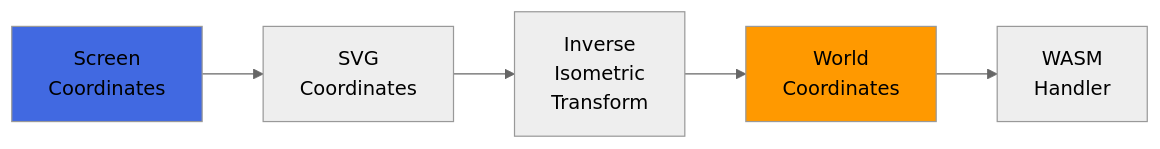
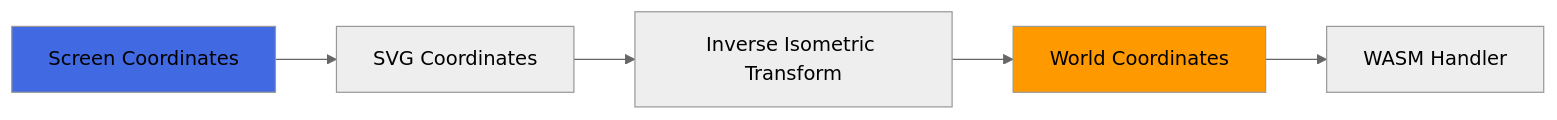
The fourth of 9 diagrams in wiki/Components.md (softwarewrighter/rts_mock), drawn with Mermaid (neutral theme) before and after one commit. The commit also changed other lines of this file and 5 other files, not shown here.

First line of the commit message:
Fix wiki Mermaid diagrams: remove <br/> tags

````diff
--- a/wiki/Components.md
+++ b/wiki/Components.md
@@ -182,10 +182,10 @@
 ```mermaid
 graph LR
-    SCREEN[Screen<br/>Coordinates] --> SVG[SVG<br/>Coordinates]
-    SVG --> ISO[Inverse<br/>Isometric<br/>Transform]
-    ISO --> WORLD[World<br/>Coordinates]
-    WORLD --> WASM[WASM<br/>Handler]
+    SCREEN[Screen Coordinates] --> SVG[SVG Coordinates]
+    SVG --> ISO[Inverse Isometric Transform]
+    ISO --> WORLD[World Coordinates]
+    WORLD --> WASM[WASM Handler]
 
     style SCREEN fill:#4169E1
     style WORLD fill:#ff9900
 ```
````
